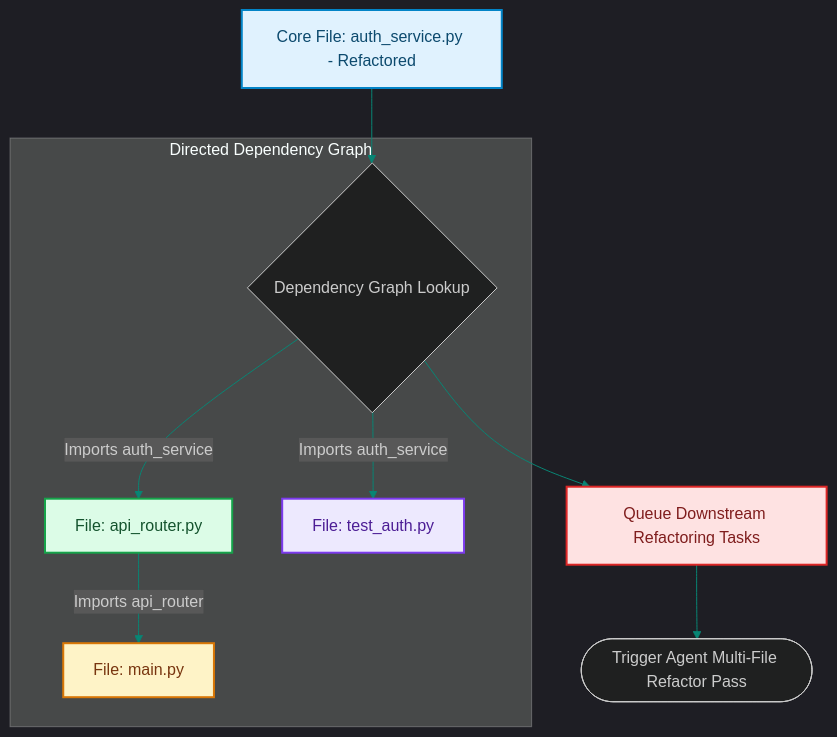
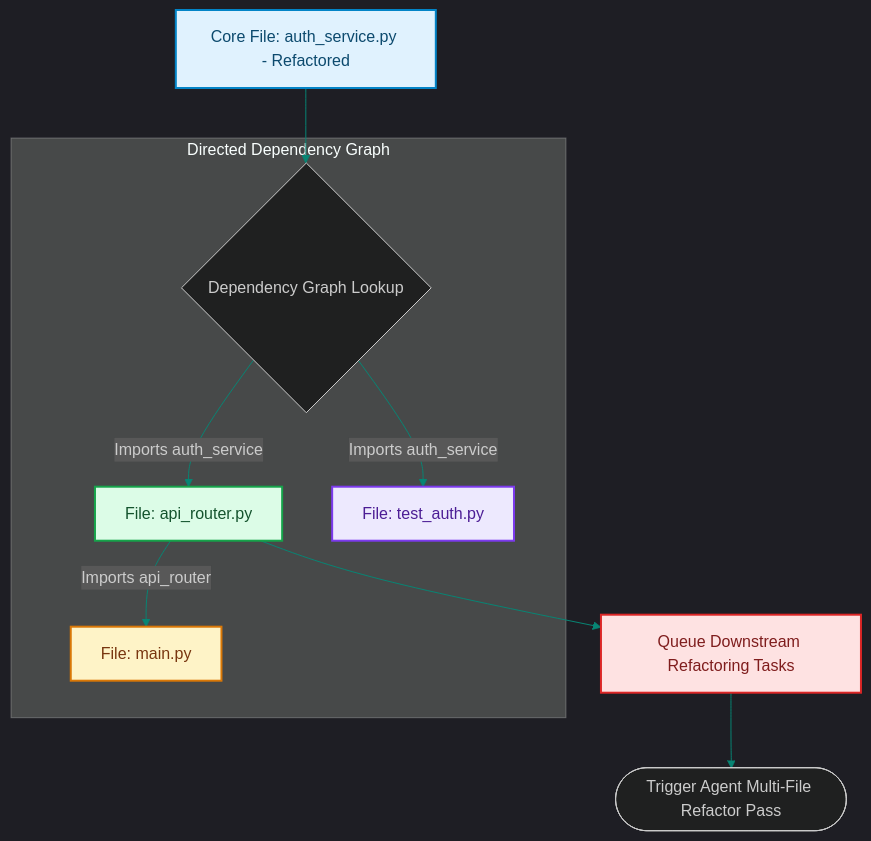
One commit to akmalkhaniub/akmalkhaniub.github.io changed the diagram in blog/posts/autocoding-cross-module-dependency-graphs.md. Above: the diagram before and after it, drawn with Mermaid. The commit also changed other lines of this file and 894 other files, not shown here.

Commit message:
feat(blog): upgrade all 444 posts with unique staggered dates, 2-col Mermaid spines, benchmark tables, code blocks, and trade-offs

````diff
--- a/blog/posts/autocoding-cross-module-dependency-graphs.md
+++ b/blog/posts/autocoding-cross-module-dependency-graphs.md
@@ -16,25 +16,25 @@
 ```mermaid
 %%{init: {'theme': 'dark', 'themeVariables': { 'primaryColor': '#088574', 'primaryTextColor': '#f3f4f6', 'primaryBorderColor': '#0db49b', 'lineColor': '#088574', 'secondaryColor': '#111827', 'tertiaryColor': '#0b0f19'}}}%%
 flowchart TD
     Target["Core File: auth_service.py - Refactored"] --> Impact{Dependency Graph Lookup}
     
     subgraph SG1_DirectedDependencyGraph ["Directed Dependency Graph"]
         Impact -->|Imports auth_service| Caller1["File: api_router.py"]
         Impact -->|Imports auth_service| Caller2["File: test_auth.py"]
         Caller1 -->|Imports api_router| Server["File: main.py"]
     end
     
-    Impact --> Queue["Queue Downstream Refactoring Tasks"]
+    Caller1 --> Queue["Queue Downstream Refactoring Tasks"]
     Queue --> Agent([Trigger Agent Multi-File Refactor Pass])
 
 classDef green fill:#dcfce7,stroke:#16a34a,stroke-width:2px,color:#14532d;
 classDef red fill:#fee2e2,stroke:#dc2626,stroke-width:2px,color:#7f1d1d;
 classDef blue fill:#e0f2fe,stroke:#0284c7,stroke-width:2px,color:#0c4a6e;
 classDef yellow fill:#fef3c7,stroke:#d97706,stroke-width:2px,color:#78350f;
 classDef purple fill:#ede9fe,stroke:#7c3aed,stroke-width:2px,color:#4c1d95;
 class Target blue
 class Caller1 green
 class Caller2 purple
 class Server yellow
 class Queue red
 ```
````
